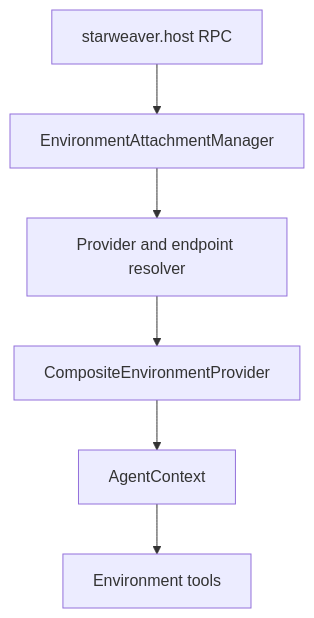
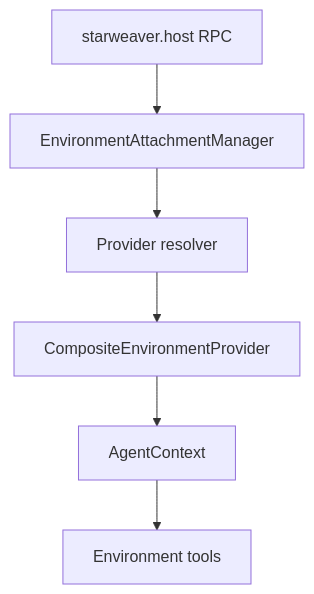
Before and after one commit to Wh1isper/starweaver: the third of 6 diagrams in spec/environment/02-tool-binding-and-envd-adapter.md, drawn with Mermaid. The commit also changed other lines of this file and 27 other files, not shown here.

````diff
--- a/spec/environment/02-tool-binding-and-envd-adapter.md
+++ b/spec/environment/02-tool-binding-and-envd-adapter.md
@@ -142,15 +142,15 @@
 ```mermaid
 flowchart TD
     host_rpc[starweaver.host RPC]
     manager[EnvironmentAttachmentManager]
-    resolver[Provider and endpoint resolver]
+    resolver[Provider resolver]
     composite[CompositeEnvironmentProvider]
     context[AgentContext]
     tools[Environment tools]
 
     host_rpc --> manager
     manager --> resolver
     resolver --> composite
     composite --> context
     context --> tools
 ```
````
